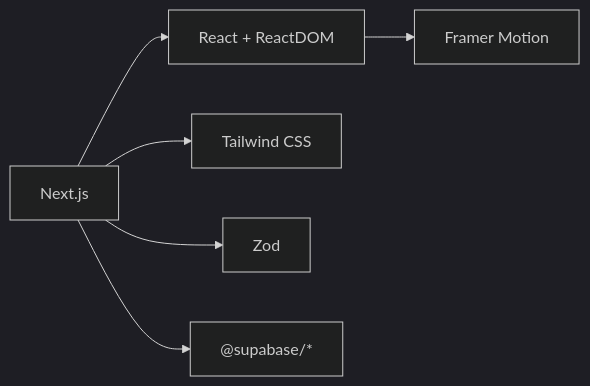
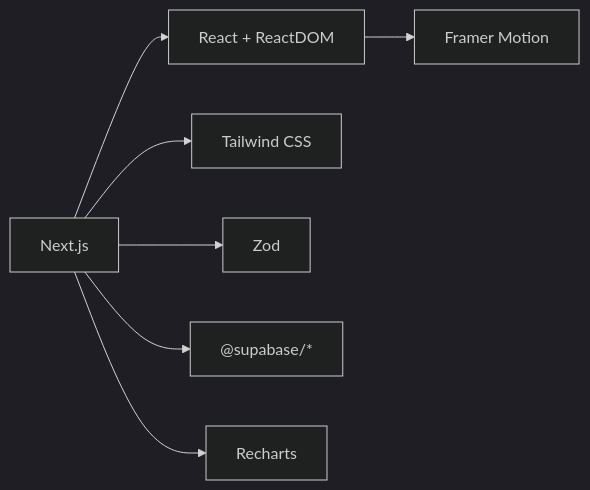
One commit to AmeliaDi/ProyectoENESZooMatch changed the seventh of 7 diagrams in .qoder/repowiki/en/content/Project Overview.md. Above: the diagram before and after it, drawn with Mermaid (dark theme). The commit also changed other lines of this file and 50 other files, not shown here.

````diff
--- a/.qoder/repowiki/en/content/Project Overview.md
+++ b/.qoder/repowiki/en/content/Project Overview.md
@@ -314,14 +443,16 @@
 ```mermaid
 graph LR
 Next["Next.js"]
 React["React + ReactDOM"]
 Motion["Framer Motion"]
 Tailwind["Tailwind CSS"]
 Zod["Zod"]
 Supabase["@supabase/*"]
+Recharts["Recharts"]
 Next --> React
 Next --> Tailwind
 React --> Motion
 Next --> Zod
 Next --> Supabase
+Next --> Recharts
 ```
````
